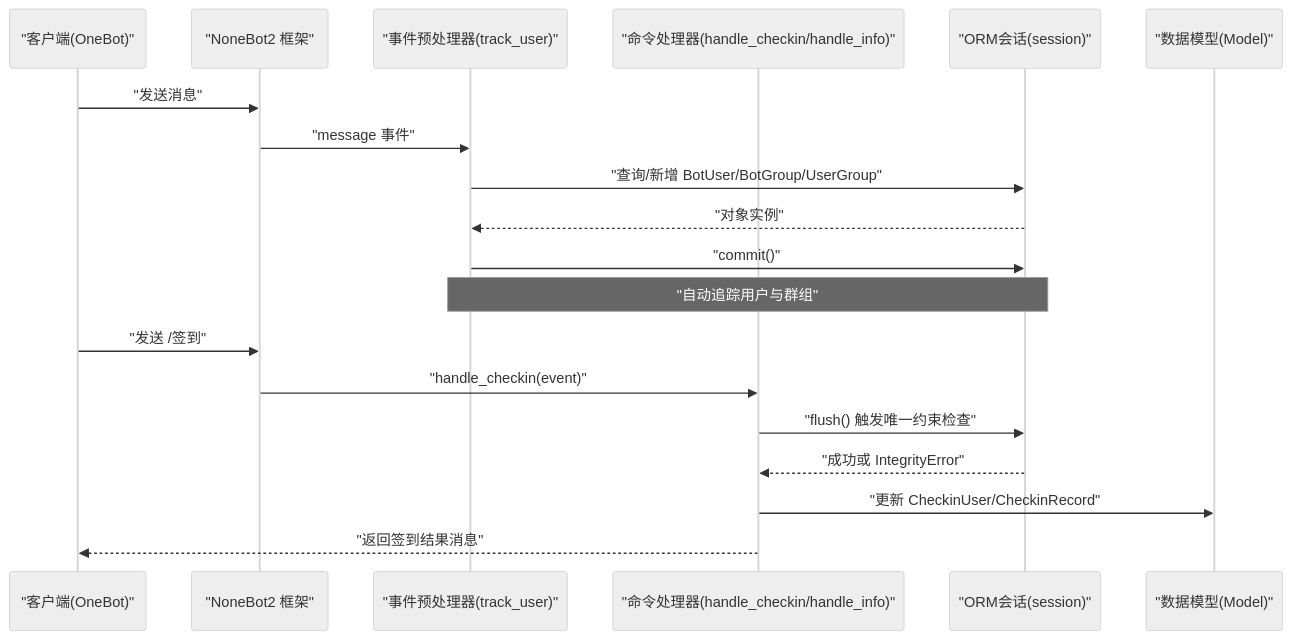
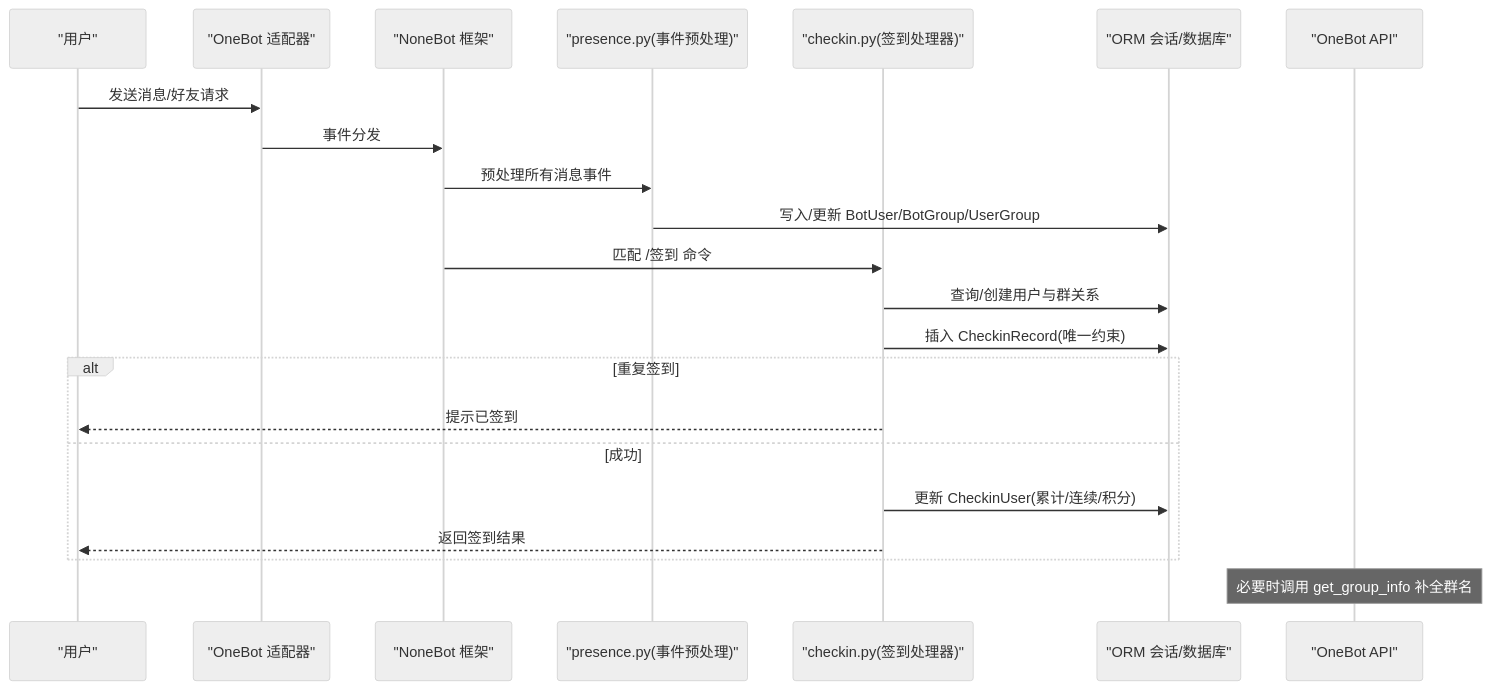
Before and after one commit to Wohaokunr/yawn_bot: the second of 7 diagrams in .qoder/repowiki/zh/content/核心功能模块/核心功能模块.md, drawn with Mermaid (neutral theme). The commit also changed other lines of this file and 60 other files, not shown here.

````diff
--- a/.qoder/repowiki/zh/content/核心功能模块/核心功能模块.md
+++ b/.qoder/repowiki/zh/content/核心功能模块/核心功能模块.md
@@ -116,21 +96,24 @@
 ```mermaid
 sequenceDiagram
-participant Client as "客户端(OneBot)"
-participant NoneBot as "NoneBot2 框架"
-participant Pre as "事件预处理器(track_user)"
-participant Cmd as "命令处理器(handle_checkin/handle_info)"
-participant DB as "ORM会话(session)"
-participant Model as "数据模型(Model)"
-Client->>NoneBot : "发送消息"
-NoneBot->>Pre : "message 事件"
-Pre->>DB : "查询/新增 BotUser/BotGroup/UserGroup"
-DB-->>Pre : "对象实例"
-Pre->>DB : "commit()"
-Note over Pre,DB : "自动追踪用户与群组"
-Client->>NoneBot : "发送 /签到"
-NoneBot->>Cmd : "handle_checkin(event)"
-Cmd->>DB : "flush() 触发唯一约束检查"
-DB-->>Cmd : "成功或 IntegrityError"
-Cmd->>Model : "更新 CheckinUser/CheckinRecord"
-Cmd-->>Client : "返回签到结果消息"
+participant U as "用户"
+participant OB as "OneBot 适配器"
+participant NB as "NoneBot 框架"
+participant P as "presence.py(事件预处理)"
+participant H as "checkin.py(签到处理器)"
+participant DB as "ORM 会话/数据库"
+participant API as "OneBot API"
+U->>OB : 发送消息/好友请求
+OB->>NB : 事件分发
+NB->>P : 预处理所有消息事件
+P->>DB : 写入/更新 BotUser/BotGroup/UserGroup
+NB->>H : 匹配 /签到 命令
+H->>DB : 查询/创建用户与群关系
+H->>DB : 插入 CheckinRecord(唯一约束)
+alt 重复签到
+H-->>U : 提示已签到
+else 成功
+H->>DB : 更新 CheckinUser(累计/连续/积分)
+H-->>U : 返回签到结果
+end
+Note over API : 必要时调用 get_group_info 补全群名
 ```
````
